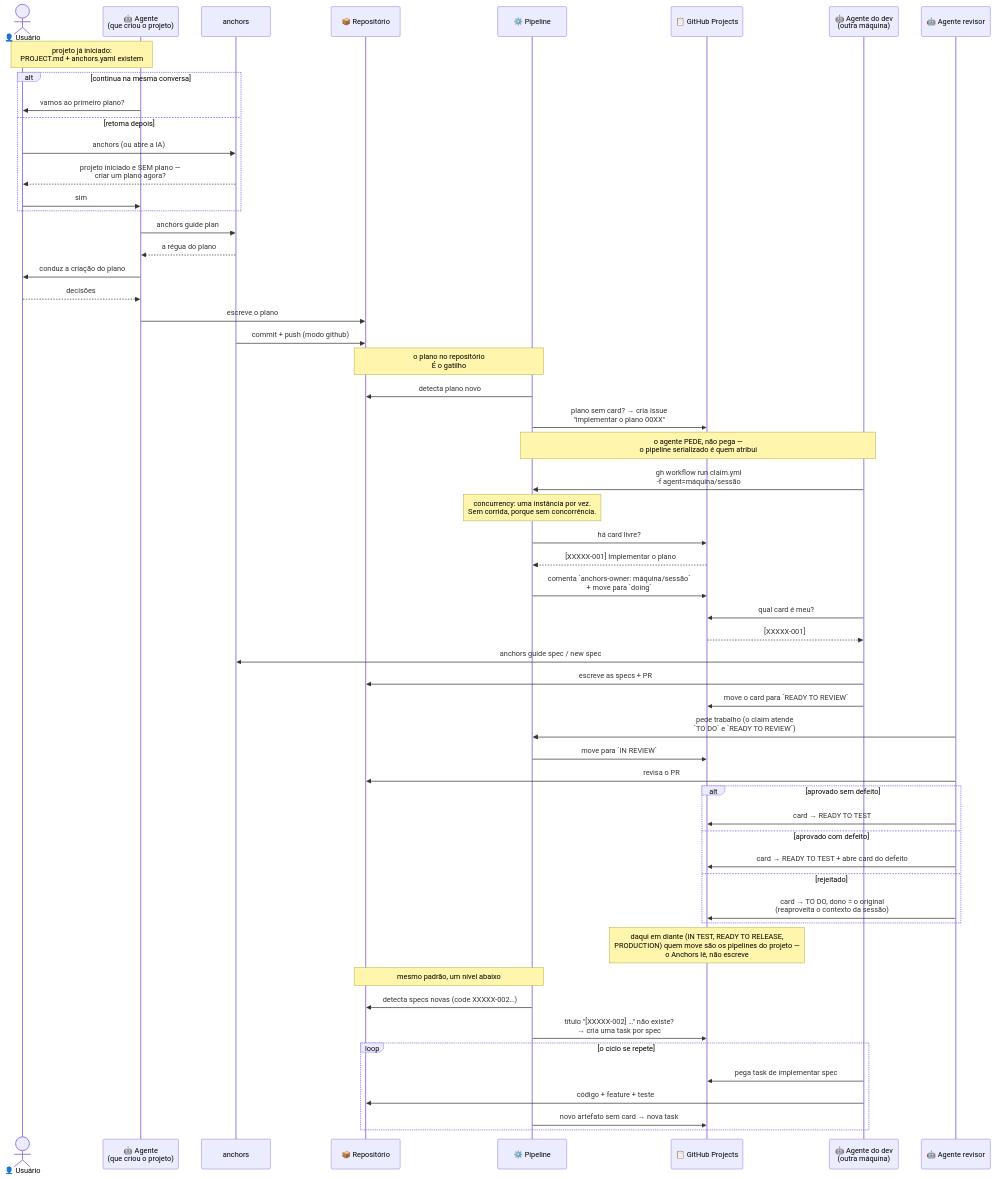
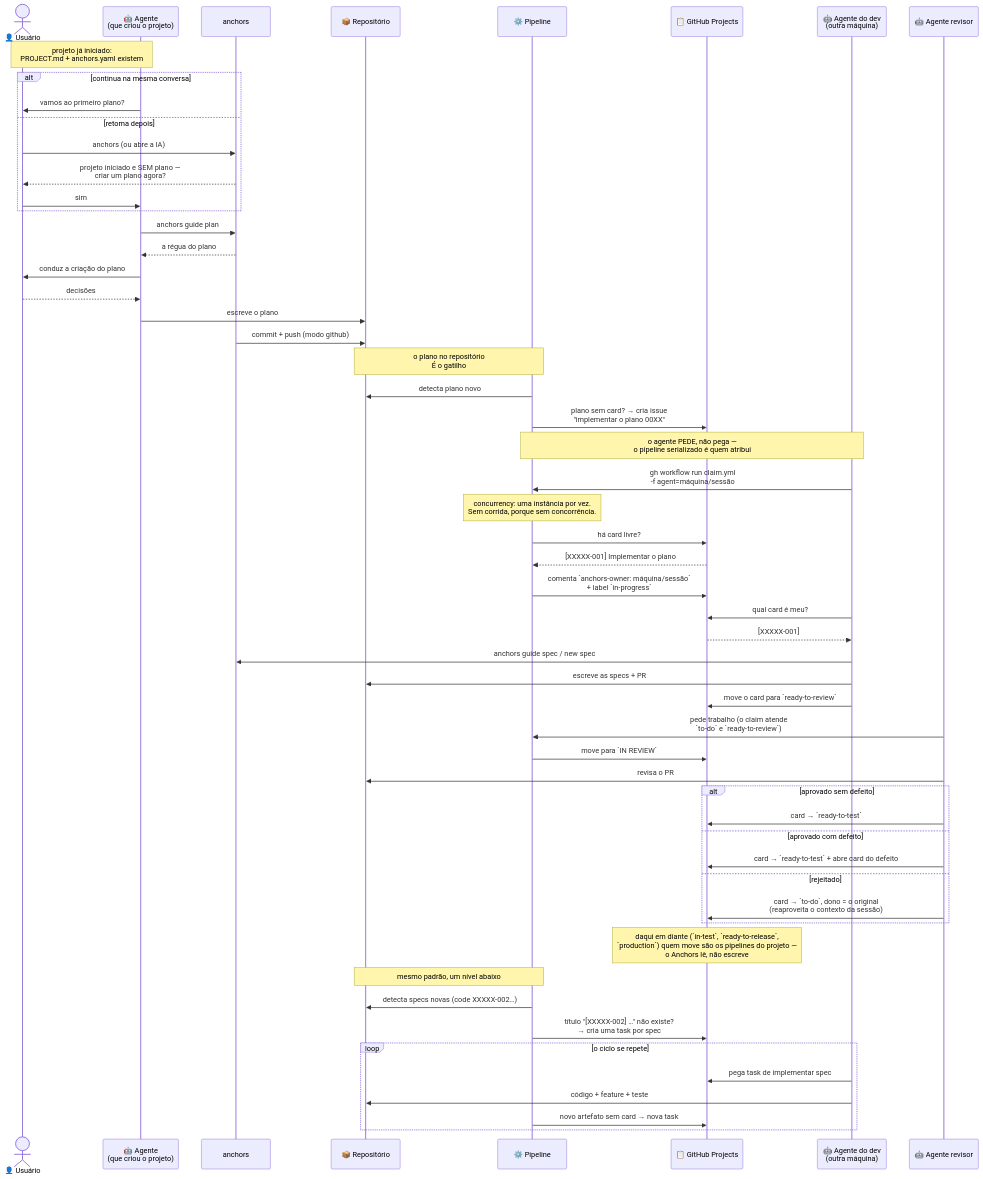
One commit to co2-lab/anchors changed the fourth of 4 diagrams in BOOTSTRAP.md. Above: the diagram before and after it, drawn with Mermaid. The commit also changed other lines of this file and 8 other files, not shown here.

````diff
--- a/BOOTSTRAP.md
+++ b/BOOTSTRAP.md
@@ -293,72 +293,72 @@
 ```mermaid
 sequenceDiagram
     actor U as 👤 Usuário
     participant IA as 🤖 Agente<br/>(que criou o projeto)
     participant A as anchors
     participant R as 📦 Repositório
     participant P as ⚙️ Pipeline
     participant GH as 📋 GitHub Projects
     participant DEV as 🤖 Agente do dev<br/>(outra máquina)
 
     Note over U,IA: projeto já iniciado:<br/>PROJECT.md + anchors.yaml existem
 
     alt continua na mesma conversa
         IA->>U: vamos ao primeiro plano?
     else retoma depois
         U->>A: anchors (ou abre a IA)
         A-->>U: projeto iniciado e SEM plano —<br/>criar um plano agora?
         U->>IA: sim
     end
 
     IA->>A: anchors guide plan
     A-->>IA: a régua do plano
     IA->>U: conduz a criação do plano
     U-->>IA: decisões
     IA->>R: escreve o plano
     A->>R: commit + push (modo github)
 
     Note over R,P: o plano no repositório<br/>É o gatilho
 
     P->>R: detecta plano novo
     P->>GH: plano sem card? → cria issue<br/>"implementar o plano 00XX"
 
     Note over DEV,P: o agente PEDE, não pega —<br/>o pipeline serializado é quem atribui
 
     DEV->>P: gh workflow run claim.yml<br/>-f agent=máquina/sessão
     Note over P: concurrency: uma instância por vez.<br/>Sem corrida, porque sem concorrência.
     P->>GH: há card livre?
     GH-->>P: [XXXXX-001] Implementar o plano
-    P->>GH: comenta `anchors-owner: máquina/sessão`<br/>+ move para `doing`
+    P->>GH: comenta `anchors-owner: máquina/sessão`<br/>+ label `in-progress`
     DEV->>GH: qual card é meu?
     GH-->>DEV: [XXXXX-001]
 
     DEV->>A: anchors guide spec / new spec
     DEV->>R: escreve as specs + PR
-    DEV->>GH: move o card para `READY TO REVIEW`
+    DEV->>GH: move o card para `ready-to-review`
 
     participant REV as 🤖 Agente revisor
-    REV->>P: pede trabalho (o claim atende<br/>`TO DO` e `READY TO REVIEW`)
+    REV->>P: pede trabalho (o claim atende<br/>`to-do` e `ready-to-review`)
     P->>GH: move para `IN REVIEW`
     REV->>R: revisa o PR
 
     alt aprovado sem defeito
-        REV->>GH: card → READY TO TEST
+        REV->>GH: card → `ready-to-test`
     else aprovado com defeito
-        REV->>GH: card → READY TO TEST + abre card do defeito
+        REV->>GH: card → `ready-to-test` + abre card do defeito
     else rejeitado
-        REV->>GH: card → TO DO, dono = o original<br/>(reaproveita o contexto da sessão)
+        REV->>GH: card → `to-do`, dono = o original<br/>(reaproveita o contexto da sessão)
     end
 
-    Note over GH: daqui em diante (IN TEST, READY TO RELEASE,<br/>PRODUCTION) quem move são os pipelines do projeto —<br/>o Anchors lê, não escreve
+    Note over GH: daqui em diante (`in-test`, `ready-to-release`,<br/>`production`) quem move são os pipelines do projeto —<br/>o Anchors lê, não escreve
 
     Note over R,P: mesmo padrão, um nível abaixo
 
     P->>R: detecta specs novas (code XXXXX-002…)
     P->>GH: título "[XXXXX-002] …" não existe?<br/>→ cria uma task por spec
 
     loop o ciclo se repete
         DEV->>GH: pega task de implementar spec
         DEV->>R: código + feature + teste
         P->>GH: novo artefato sem card → nova task
     end
 ```
````
